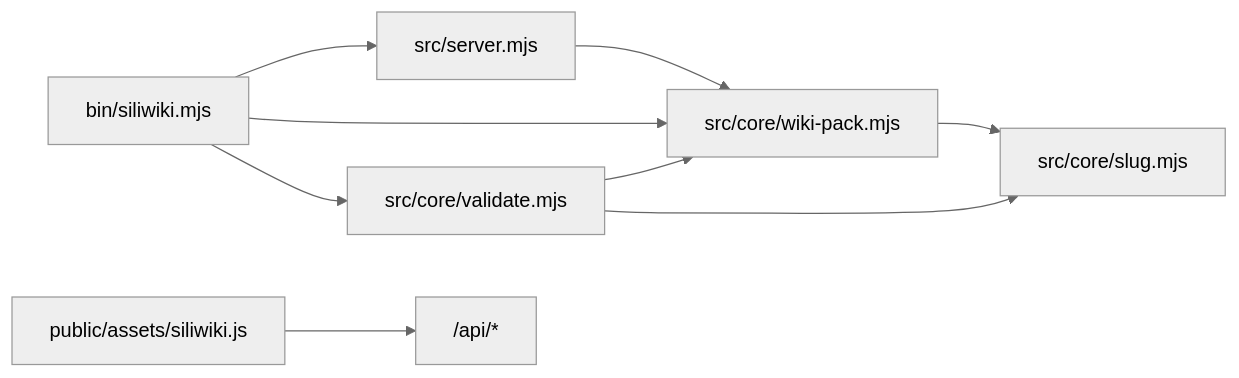
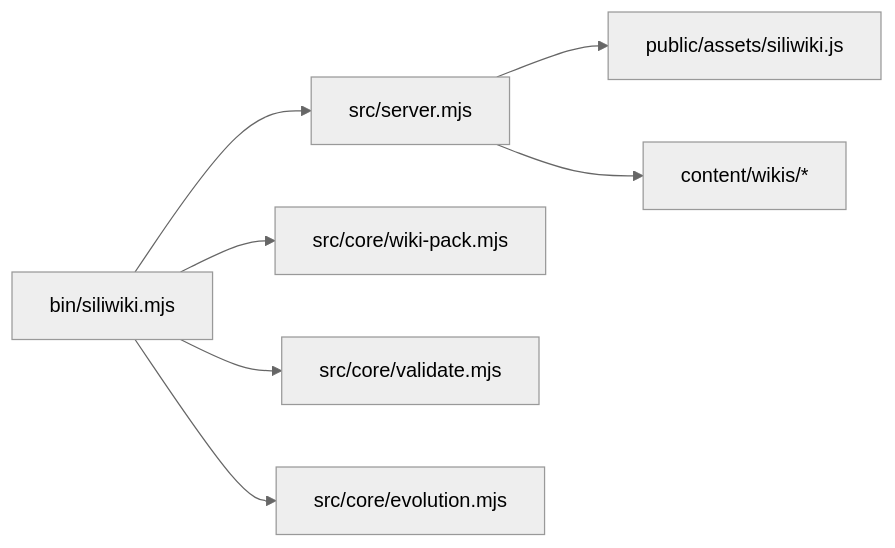
The second of 3 diagrams in docs/ARCHITECTURE.md (Yvnminc/SiliWiki), drawn with Mermaid (neutral theme) before and after one commit. The commit also changed other lines of this file and 29 other files, not shown here.

````diff
--- a/docs/ARCHITECTURE.md
+++ b/docs/ARCHITECTURE.md
@@ -42,11 +27,9 @@
 ```mermaid
 graph LR
-    CLI["bin/siliwiki.mjs"] --> Server["src/server.mjs"]
-    CLI --> Pack["src/core/wiki-pack.mjs"]
-    CLI --> Validate["src/core/validate.mjs"]
-    Server --> Pack
-    Validate --> Pack
-    Validate --> Slug["src/core/slug.mjs"]
-    Pack --> Slug
-    PublicJS["public/assets/siliwiki.js"] --> API["/api/*"]
+    CLI[bin/siliwiki.mjs] --> Server[src/server.mjs]
+    CLI --> Pack[src/core/wiki-pack.mjs]
+    CLI --> Validate[src/core/validate.mjs]
+    CLI --> Evolution[src/core/evolution.mjs]
+    Server --> Reader[public/assets/siliwiki.js]
+    Server --> Content[content/wikis/*]
 ```
````
